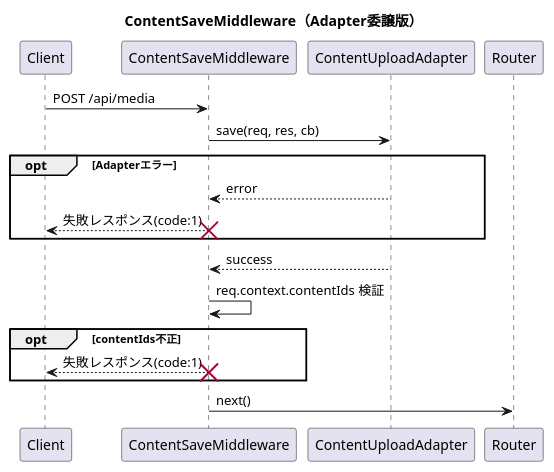
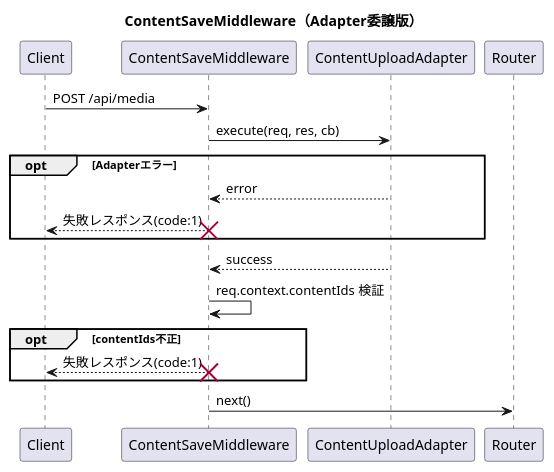
One commit to hachimitu22/MangaViewer changed the diagram in doc/5_api/controller/middleware/ContentSaveMiddleware/readme.md. Above: the diagram before and after it, drawn with PlantUML. The commit also changed other lines of this file and 9 other files, not shown here.

First line of the commit message:
refactor: Adapter契約をexecute(req,res,cb)に統一して境界責務を明確化する

````diff
--- a/doc/5_api/controller/middleware/ContentSaveMiddleware/readme.md
+++ b/doc/5_api/controller/middleware/ContentSaveMiddleware/readme.md
@@ -22,29 +22,29 @@
 ```plantuml
 @startuml
 title ContentSaveMiddleware（Adapter委譲版）
 
 participant Client
 participant ContentSaveMiddleware as Middleware
 participant ContentUploadAdapter as Adapter
 participant Router
 
 Client -> Middleware: POST /api/media
-Middleware -> Adapter: save(req, res, cb)
+Middleware -> Adapter: execute(req, res, cb)
 
 opt Adapterエラー
   Adapter --> Middleware: error
   Middleware --> Client: 失敗レスポンス(code:1)
   destroy Middleware
 end
 
 Adapter --> Middleware: success
 Middleware -> Middleware: req.context.contentIds 検証
 
 opt contentIds不正
   Middleware --> Client: 失敗レスポンス(code:1)
   destroy Middleware
 end
 
 Middleware -> Router: next()
 @enduml
 ```
````
